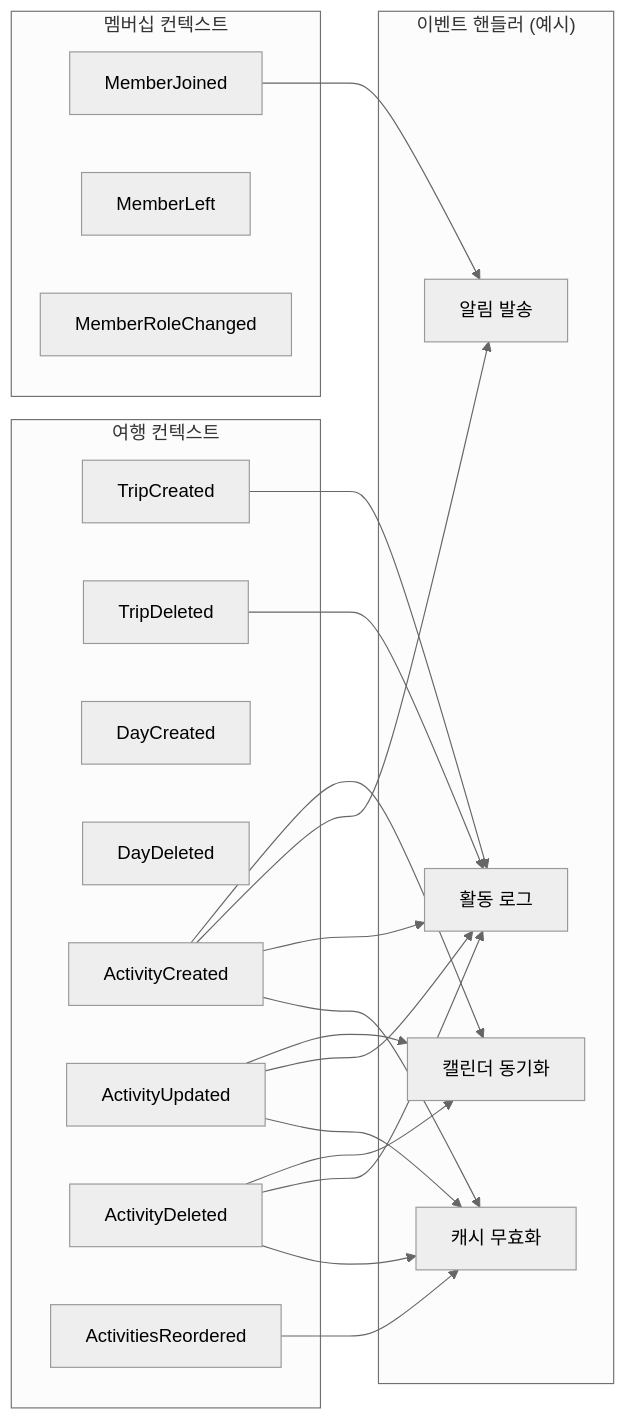
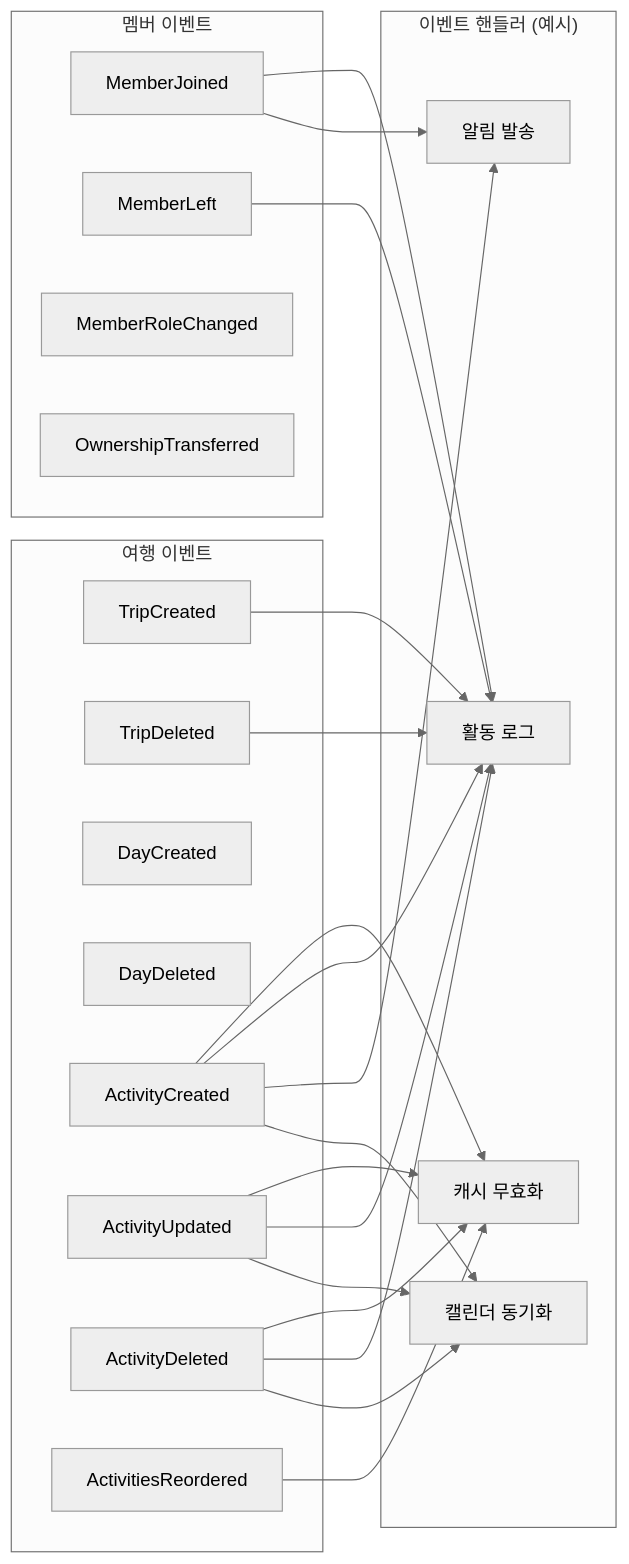
Before and after one commit to idean3885/trip-planner: the third of 4 diagrams in docs/DOMAIN.md, drawn with Mermaid (neutral theme). The commit also changed other lines of this file, not shown here.

First line of the commit message:
docs: DOMAIN.md 스펙 기준 재작성 — 멤버십→여행 컨텍스트 통합, 용어 정렬

````diff
--- a/docs/DOMAIN.md
+++ b/docs/DOMAIN.md
@@ -125,31 +149,32 @@
 ```mermaid
 graph LR
-    subgraph "여행 컨텍스트"
+    subgraph "여행 이벤트"
         TC[TripCreated]
         TD[TripDeleted]
         DC[DayCreated]
         DD[DayDeleted]
         AC[ActivityCreated]
         AU[ActivityUpdated]
         AD[ActivityDeleted]
         AR[ActivitiesReordered]
     end
 
-    subgraph "멤버십 컨텍스트"
+    subgraph "멤버 이벤트"
         MJ[MemberJoined]
         ML[MemberLeft]
         MR[MemberRoleChanged]
+        OT[OwnershipTransferred]
     end
 
     subgraph "이벤트 핸들러 (예시)"
         H1[캘린더 동기화]
         H2[알림 발송]
         H3[활동 로그]
         H4[캐시 무효화]
     end
 
     AC & AU & AD --> H1
     AC & MJ --> H2
-    TC & TD & AC & AU & AD --> H3
+    TC & TD & AC & AU & AD & MJ & ML --> H3
     AC & AU & AD & AR --> H4
 ```
````
